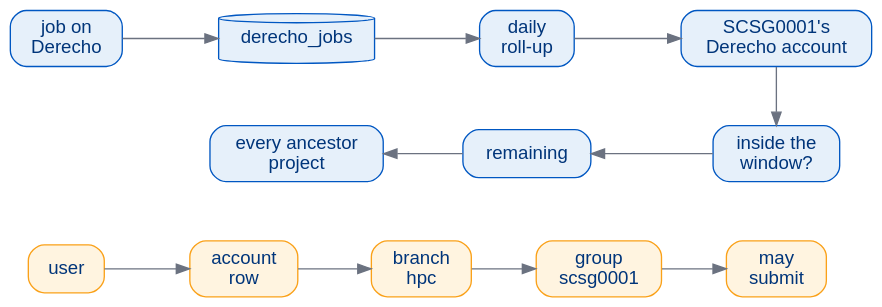
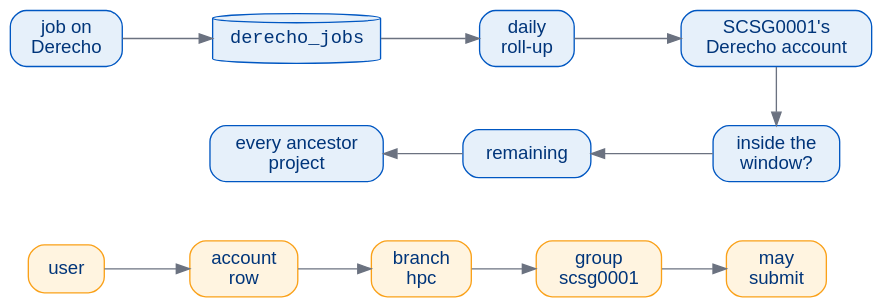
The ninth of 9 diagrams in docs/presentations/samuel/_2-concepts.qmd (benkirk/sam-queries), drawn with Graphviz before and after one commit. The commit also changed other lines of this file and 63 other files, not shown here.

````diff
--- a/docs/presentations/samuel/_2-concepts.qmd
+++ b/docs/presentations/samuel/_2-concepts.qmd
@@ -707,24 +760,24 @@
 ```{dot}
 //| fig-width: 10
 digraph Job {
   graph [layout=neato, splines=true, bgcolor="transparent"];
   node  [shape=box, style="rounded,filled", fontname="Helvetica", fontsize=14,
          fillcolor="#E6F0FA", color="#0057C2", fontcolor="#00357A", margin="0.18,0.08"];
   edge  [color="#6B7280"];
   J  [label="job on\nDerecho", pos="0,2.4!"];
-  H  [label="derecho_jobs", pos="2.4,2.4!", shape=cylinder];
+  H  [label=<<FONT FACE="Courier">derecho_jobs</FONT>>, pos="2.4,2.4!", shape=cylinder];
   D  [label="daily\nroll-up", pos="4.8,2.4!"];
   A  [label="SCSG0001's\nDerecho account", pos="7.4,2.4!"];
   W  [label="inside the\nwindow?", pos="7.4,1.2!"];
   R  [label="remaining", pos="4.8,1.2!"];
   T  [label="every ancestor\nproject", pos="2.4,1.2!"];
   node [fillcolor="#FFF4E0", color="#FAA119"];
   U  [label="user", pos="0,0!"];
   AR [label="account\nrow", pos="1.85,0!"];
   B  [label="branch\nhpc", pos="3.7,0!"];
   G  [label="group\nscsg0001", pos="5.55,0!"];
   S  [label="may\nsubmit", pos="7.4,0!"];
   J -> H -> D -> A -> W -> R -> T;
   U -> AR -> B -> G -> S;
 }
 ```
````
